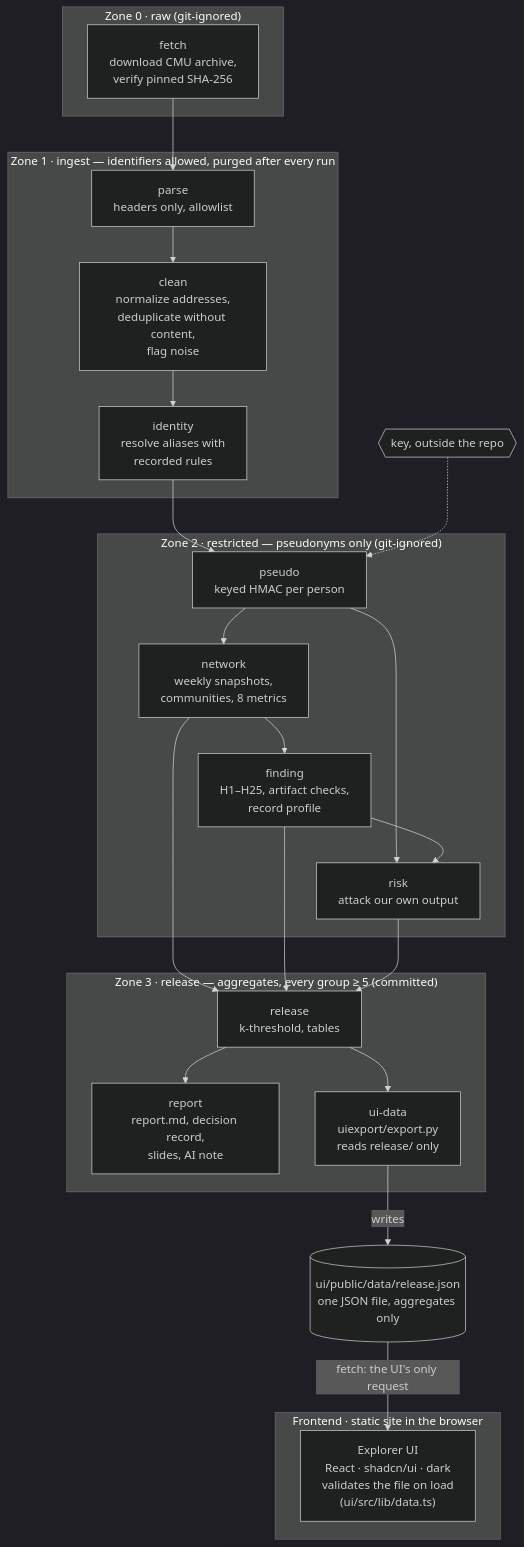
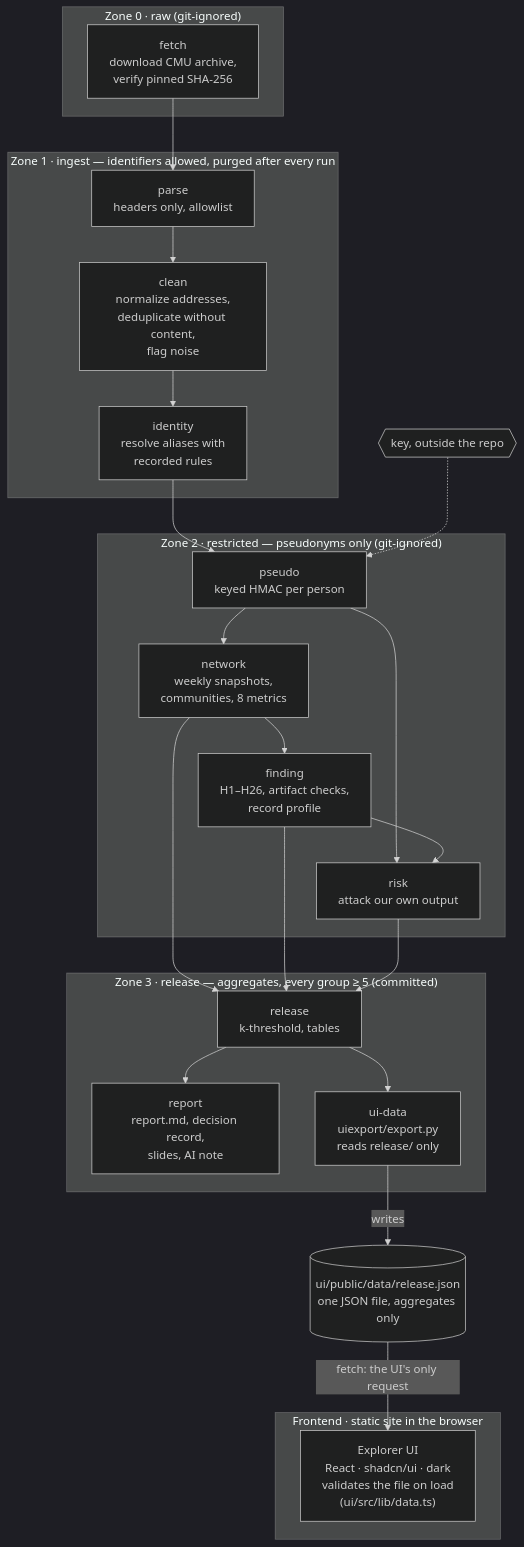
Before and after one commit to marcusvieira88/network-science: the second of 8 diagrams in docs/technical-overview.md, drawn with Mermaid (dark theme). The commit also changed other lines of this file and 2 other files, not shown here.

Commit message:
Docs: count H26 in the hypothesis list and pipeline diagrams

````diff
--- a/docs/technical-overview.md
+++ b/docs/technical-overview.md
@@ -169,40 +169,40 @@
 ```mermaid
 flowchart TB
     subgraph Z0["Zone 0 · raw (git-ignored)"]
         DL["fetch<br/>download CMU archive,<br/>verify pinned SHA-256"]
     end
     subgraph Z1["Zone 1 · ingest — identifiers allowed, purged after every run"]
         P["parse<br/>headers only, allowlist"]
         C["clean<br/>normalize addresses,<br/>deduplicate without content,<br/>flag noise"]
         I["identity<br/>resolve aliases with<br/>recorded rules"]
     end
     subgraph Z2["Zone 2 · restricted — pseudonyms only (git-ignored)"]
         PS["pseudo<br/>keyed HMAC per person"]
         N["network<br/>weekly snapshots,<br/>communities, 8 metrics"]
-        F["finding<br/>H1–H25, artifact checks,<br/>record profile"]
+        F["finding<br/>H1–H26, artifact checks,<br/>record profile"]
         RK["risk<br/>attack our own output"]
     end
     subgraph Z3["Zone 3 · release — aggregates, every group ≥ 5 (committed)"]
         RL["release<br/>k-threshold, tables"]
         RP["report<br/>report.md, decision record,<br/>slides, AI note"]
         UX["ui-data<br/>uiexport/export.py<br/>reads release/ only"]
     end
     J[("ui/public/data/release.json<br/>one JSON file, aggregates only")]
     subgraph FE["Frontend · static site in the browser"]
         UI["Explorer UI<br/>React · shadcn/ui · dark<br/>validates the file on load<br/>(ui/src/lib/data.ts)"]
     end
     KEY{{"key, outside the repo"}}
 
     DL --> P --> C --> I --> PS
     KEY -.-> PS
     PS --> N --> F
     PS --> RK
     F --> RK
     N --> RL
     F --> RL
     RK --> RL
     RL --> RP
     RL --> UX
     UX -->|writes| J
     J -->|"fetch: the UI's only request"| UI
 ```
````
